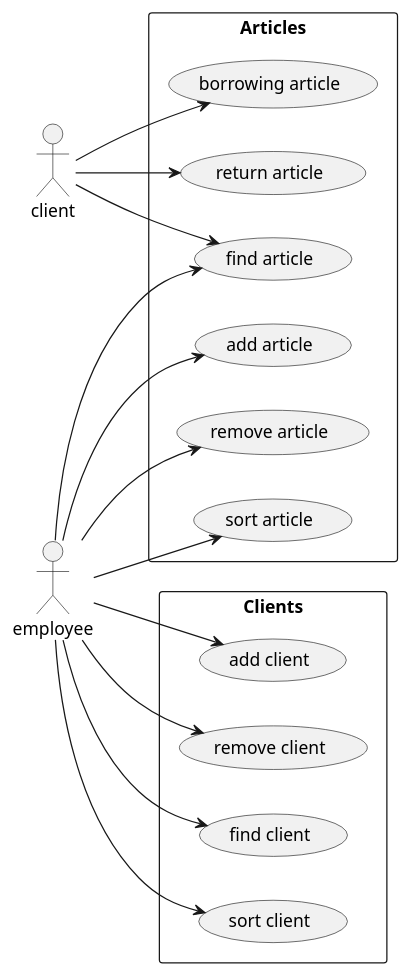
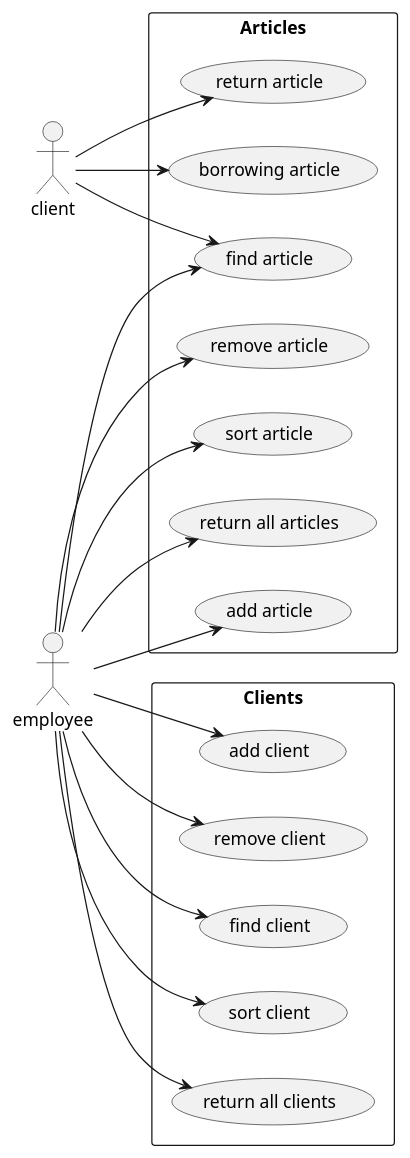
Before and after one commit to RaphaelZintec/Bibliotheek: the diagram in analysis/UseCaseDiagram.puml, drawn with PlantUML. The commit also changed 11 other files, not shown here.

```diff
--- a/analysis/UseCaseDiagram.puml
+++ b/analysis/UseCaseDiagram.puml
@@ -1,33 +1,37 @@
 @startuml
 left to right direction
 
 rectangle Articles {
 (find article) as findArticle
 (borrowing article) as borrowArticle
 (return article) as returnArticle
 (add article) as addArticle
 (remove article) as removeArticle
 (sort article) as sortArticle
+(return all articles) as returnAllArticle
 }
 
 rectangle Clients {
 (add client) as addClient
 (remove client) as removeClient
 (find client) as findClient
 (sort client) as sortClient
+(return all clients) as returnAllClients
 }
 
 client --> borrowArticle
 client --> returnArticle
 client --> findArticle
 
 employee --> addArticle
 employee --> removeArticle
 employee --> findArticle
 employee --> sortArticle
 employee --> addClient
 employee --> removeClient
 employee --> findClient
 employee --> sortClient
+employee --> returnAllArticle
+employee --> returnAllClients
 
 @enduml
```
